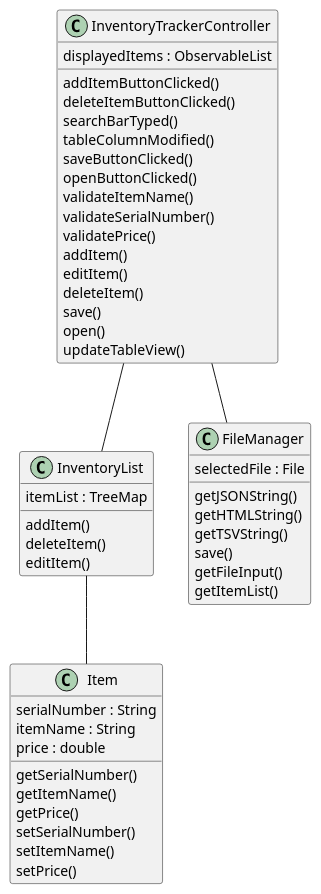
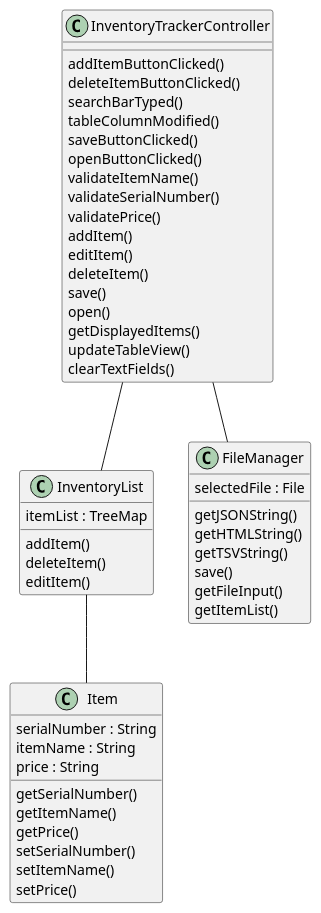
Before and after one commit to admonlee/InventoryTracker: the diagram in uml/ClassDiagram.puml, drawn with PlantUML. The commit also changed 8 other files, not shown here.

Commit message:
Added function to add items to list, along with associated unit tests

```diff
--- a/uml/ClassDiagram.puml
+++ b/uml/ClassDiagram.puml
@@ -1,59 +1,60 @@
 @startuml
 
 class InventoryTrackerController
 {
-displayedItems : ObservableList
 addItemButtonClicked()
 deleteItemButtonClicked()
 searchBarTyped()
 tableColumnModified()
 saveButtonClicked()
 openButtonClicked()
 validateItemName()
 validateSerialNumber()
 validatePrice()
 addItem()
 editItem()
 deleteItem()
 save()
 open()
+getDisplayedItems()
 updateTableView()
+clearTextFields()
 }
 
 class InventoryList
 {
 itemList : TreeMap
 addItem()
 deleteItem()
 editItem()
 }
 
 class Item
 {
 serialNumber : String
 itemName : String
-price : double
+price : String
 getSerialNumber()
 getItemName()
 getPrice()
 setSerialNumber()
 setItemName()
 setPrice()
 }
 
 class FileManager
 {
 selectedFile : File
 getJSONString()
 getHTMLString()
 getTSVString()
 save()
 getFileInput()
 getItemList()
 }
 
 InventoryTrackerController -- InventoryList
 InventoryList -- Item
 InventoryTrackerController -- FileManager
 
 @enduml
```
